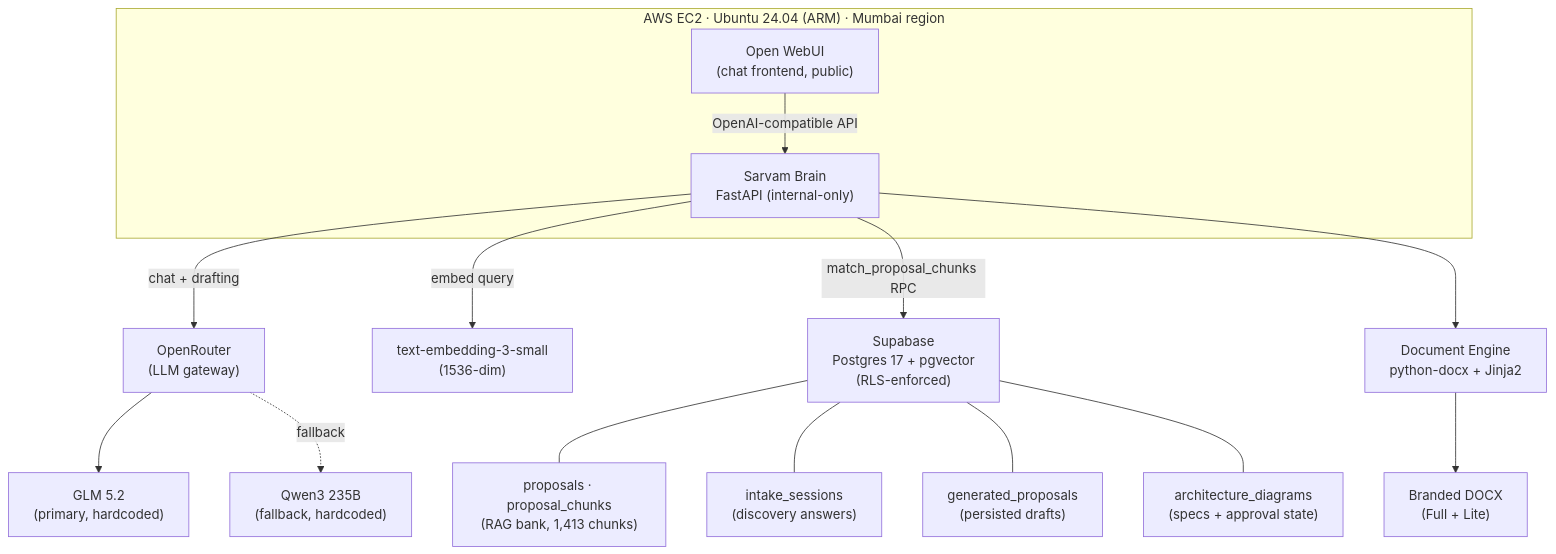
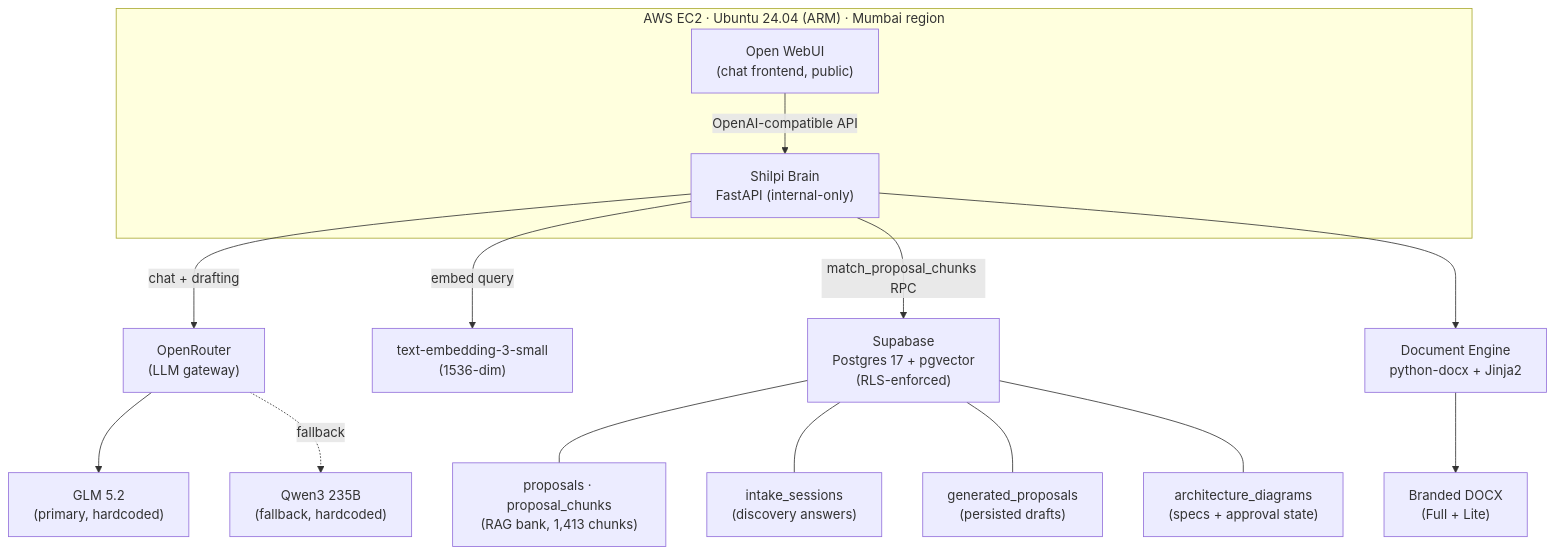
The first of 5 diagrams in README.md (imranshaikh-commits/iv-sarvam), drawn with Mermaid before and after one commit. The commit also changed other lines of this file and 21 other files, not shown here.

Commit message:
rename: Sarvam -> Shilpi (product identity); Docker container names and repo directory deliberately unchanged

````diff
--- a/README.md
+++ b/README.md
@@ -138,34 +138,34 @@
 ```mermaid
 flowchart TB
     subgraph EC2["AWS EC2 · Ubuntu 24.04 (ARM) · Mumbai region"]
         OWUI["Open WebUI<br/>(chat frontend, public)"]
-        BRAIN["Sarvam Brain<br/>FastAPI (internal-only)"]
+        BRAIN["Shilpi Brain<br/>FastAPI (internal-only)"]
         OWUI -->|OpenAI-compatible API| BRAIN
     end
 
     ROUTER["OpenRouter<br/>(LLM gateway)"]
     GLM["GLM 5.2<br/>(primary, hardcoded)"]
     QWEN["Qwen3 235B<br/>(fallback, hardcoded)"]
     EMB["text-embedding-3-small<br/>(1536-dim)"]
 
     SB["Supabase<br/>Postgres 17 + pgvector<br/>(RLS-enforced)"]
     PROP["proposals · proposal_chunks<br/>(RAG bank, 1,413 chunks)"]
     INTAKE["intake_sessions<br/>(discovery answers)"]
     GEN["generated_proposals<br/>(persisted drafts)"]
     DIAG["architecture_diagrams<br/>(specs + approval state)"]
 
     DOCS["Document Engine<br/>python-docx + Jinja2"]
     DOCX["Branded DOCX<br/>(Full + Lite)"]
 
     BRAIN -->|chat + drafting| ROUTER
     ROUTER --> GLM
     ROUTER -.fallback.-> QWEN
     BRAIN -->|embed query| EMB
     BRAIN -->|match_proposal_chunks RPC| SB
     SB --- PROP
     SB --- INTAKE
     SB --- GEN
     SB --- DIAG
     BRAIN --> DOCS
     DOCS --> DOCX
 ```
````
